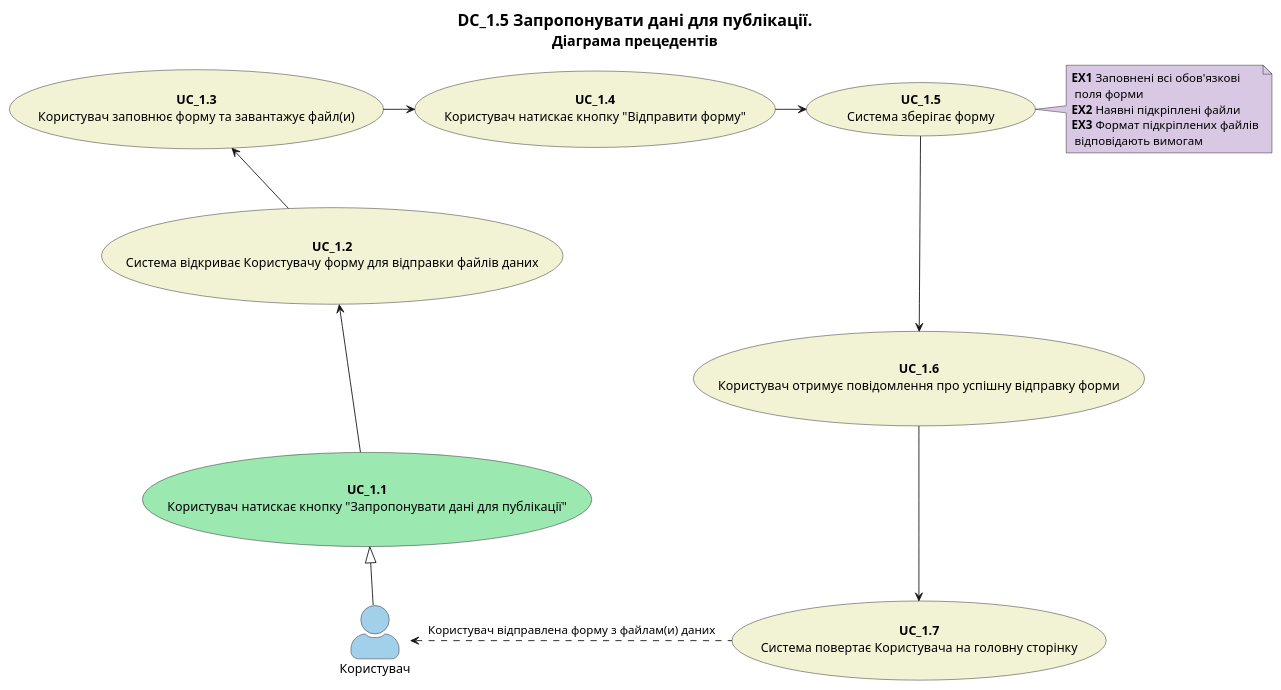
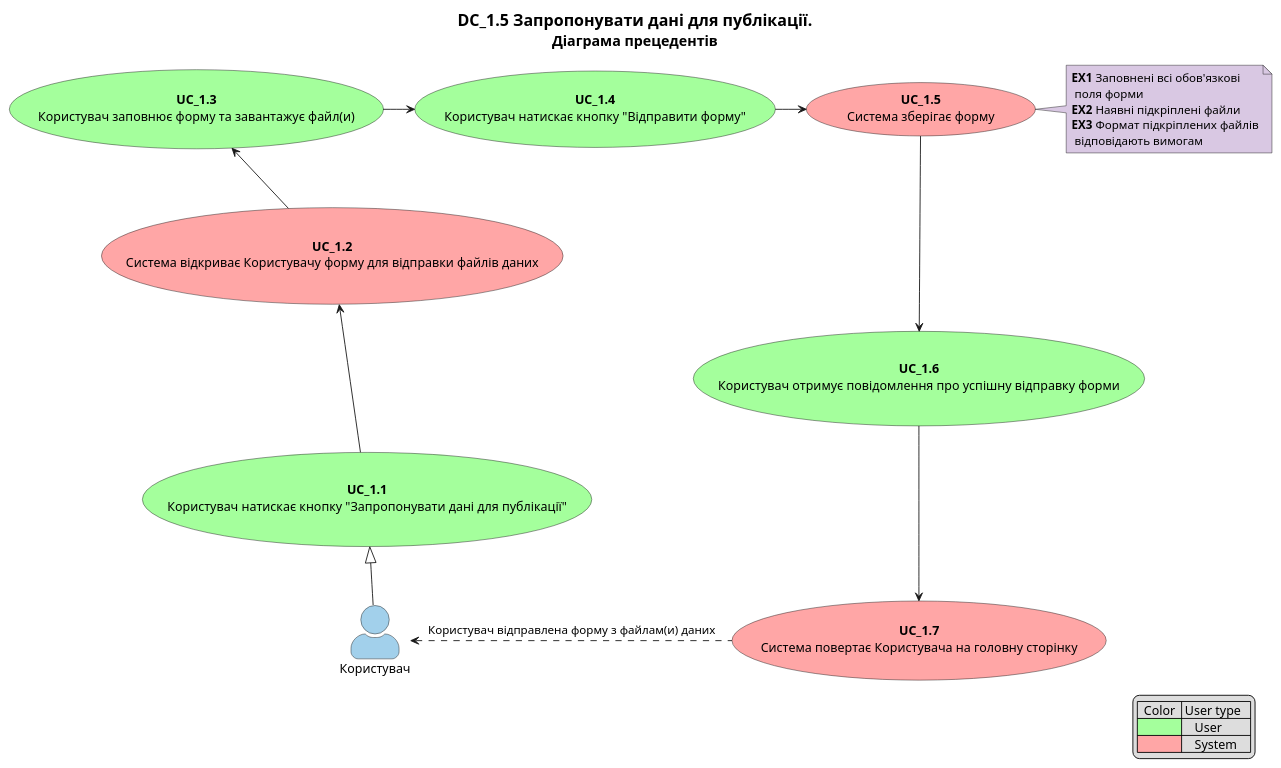
The tenth of 16 diagrams in docs/use cases/README.md (YanPetrov7/DB_REST_API), drawn with PlantUML before and after one commit. The commit also changed other lines of this file, not shown here.

Commit message:
docs: use cases colors & legend

```diff
--- a/docs/use cases/README.md
+++ b/docs/use cases/README.md
@@ -446,32 +470,38 @@
 @startuml
 
     title
         <font size=18 color=black>DC_1.5 Запропонувати дані для публікації.
         <font size=16 color=black>Діаграма прецедентів
     end title
 
+    legend right
+    |  Color  | User type   |
+    |<#a4ff9c>|    User     |
+    |<#ffa6a6>|    System   |
+    endlegend
+
     skinparam actorStyle awesome
 
     actor "Користувач" as User #a2d0eb
 
-    usecase "<b>UC_1.1</b>\nКористувач натискає кнопку "Запропонувати дані для публікації"" as S1 #9be8b0
-    usecase "<b>UC_1.2</b>\nСистема відкриває Користувачу форму для відправки файлів даних" as S2 #f2f2d5
-    usecase "<b>UC_1.3</b>\nКористувач заповнює форму та завантажує файл(и)" as S3 #f2f2d5
-    usecase "<b>UC_1.4</b>\nКористувач натискає кнопку "Відправити форму"" as S4 #f2f2d5
-    usecase "<b>UC_1.5</b>\nСистема зберігає форму" as S5 #f2f2d5
-    usecase "<b>UC_1.6</b>\nКористувач отримує повідомлення про успішну відправку форми" as S6 #f2f2d5
-    usecase "<b>UC_1.7</b>\nСистема повертає Користувача на головну сторінку" as S7 #f2f2d5
+    usecase "<b>UC_1.1</b>\nКористувач натискає кнопку "Запропонувати дані для публікації"" as S1 #a4ff9c
+    usecase "<b>UC_1.2</b>\nСистема відкриває Користувачу форму для відправки файлів даних" as S2 #ffa6a6
+    usecase "<b>UC_1.3</b>\nКористувач заповнює форму та завантажує файл(и)" as S3 #a4ff9c
+    usecase "<b>UC_1.4</b>\nКористувач натискає кнопку "Відправити форму"" as S4 #a4ff9c
+    usecase "<b>UC_1.5</b>\nСистема зберігає форму" as S5 #ffa6a6
+    usecase "<b>UC_1.6</b>\nКористувач отримує повідомлення про успішну відправку форми" as S6 #a4ff9c
+    usecase "<b>UC_1.7</b>\nСистема повертає Користувача на головну сторінку" as S7 #ffa6a6
 
     note "<b>EX1</b> Заповнені всі обов'язкові\n поля форми\n<b>EX2</b> Наявні підкріплені файли\n<b>EX3</b> Формат підкріплених файлів\n відповідають вимогам" as EX #d9c8e3
 
     User -up-|> S1
     S1 -up-> S2
     S2 -up-> S3
     S3 -right-> S4
     S4 -right-> S5
     S5 -right-> EX
     S5 -down-> S6
     S6 -down-> S7
     S7 -left.> User: Користувач відправлена форму з файлам(и) даних
 
 @enduml
```
